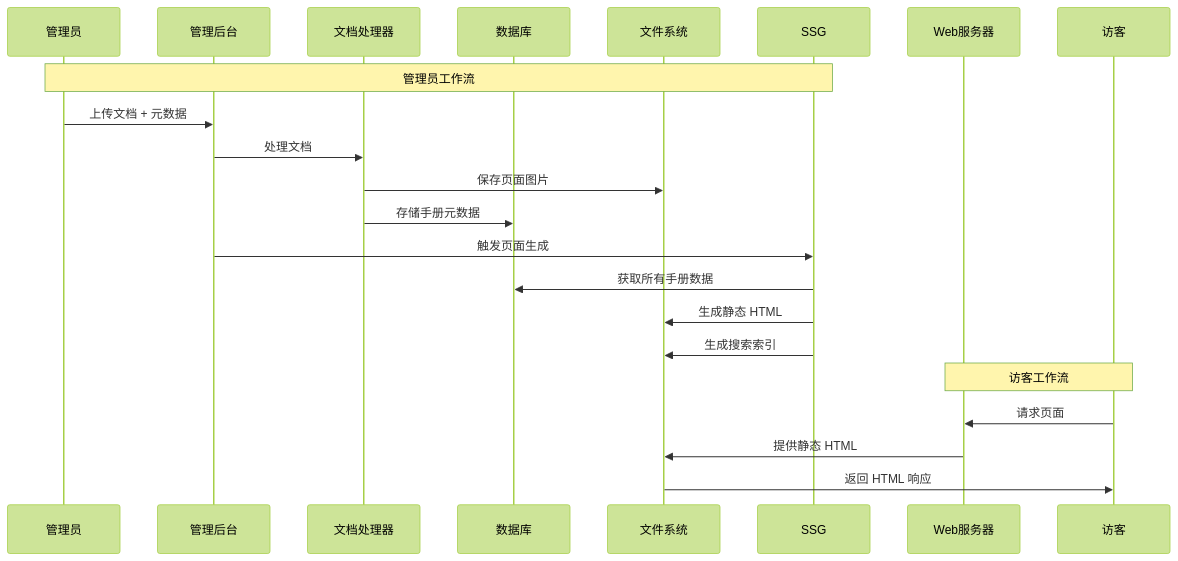
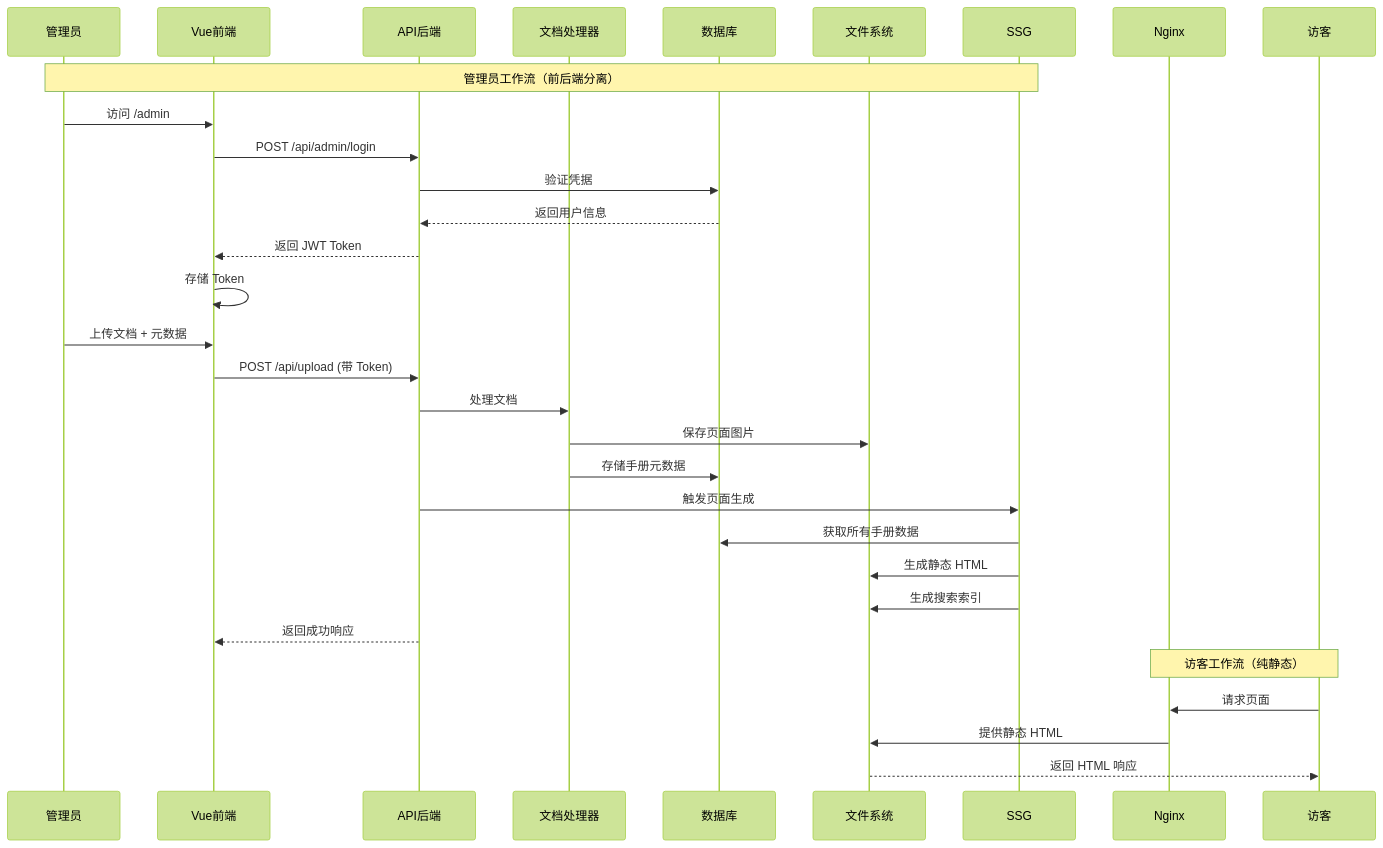
The third of 6 diagrams in .monkeycode/specs/online-manual-viewer/design.md (mp744449986/wendang), drawn with Mermaid (forest theme) before and after one commit. The commit also changed other lines of this file, not shown here.

````diff
--- a/.monkeycode/specs/online-manual-viewer/design.md
+++ b/.monkeycode/specs/online-manual-viewer/design.md
@@ -60,26 +107,36 @@
 ```mermaid
 sequenceDiagram
     participant 管理员
-    participant 管理后台
+    participant Vue前端
+    participant API后端
     participant 文档处理器
     participant 数据库
     participant 文件系统
     participant SSG
-    participant Web服务器
+    participant Nginx
     participant 访客
 
-    Note over 管理员,SSG: 管理员工作流
-    管理员->>管理后台: 上传文档 + 元数据
-    管理后台->>文档处理器: 处理文档
+    Note over 管理员,SSG: 管理员工作流（前后端分离）
+    管理员->>Vue前端: 访问 /admin
+    Vue前端->>API后端: POST /api/admin/login
+    API后端->>数据库: 验证凭据
+    数据库-->>API后端: 返回用户信息
+    API后端-->>Vue前端: 返回 JWT Token
+    Vue前端->>Vue前端: 存储 Token
+
+    管理员->>Vue前端: 上传文档 + 元数据
+    Vue前端->>API后端: POST /api/upload (带 Token)
+    API后端->>文档处理器: 处理文档
     文档处理器->>文件系统: 保存页面图片
     文档处理器->>数据库: 存储手册元数据
-    管理后台->>SSG: 触发页面生成
+    API后端->>SSG: 触发页面生成
     SSG->>数据库: 获取所有手册数据
     SSG->>文件系统: 生成静态 HTML
     SSG->>文件系统: 生成搜索索引
+    API后端-->>Vue前端: 返回成功响应
 
-    Note over Web服务器,访客: 访客工作流
-    访客->>Web服务器: 请求页面
-    Web服务器->>文件系统: 提供静态 HTML
-    文件系统->>访客: 返回 HTML 响应
+    Note over Nginx,访客: 访客工作流（纯静态）
+    访客->>Nginx: 请求页面
+    Nginx->>文件系统: 提供静态 HTML
+    文件系统-->>访客: 返回 HTML 响应
 ```
````
